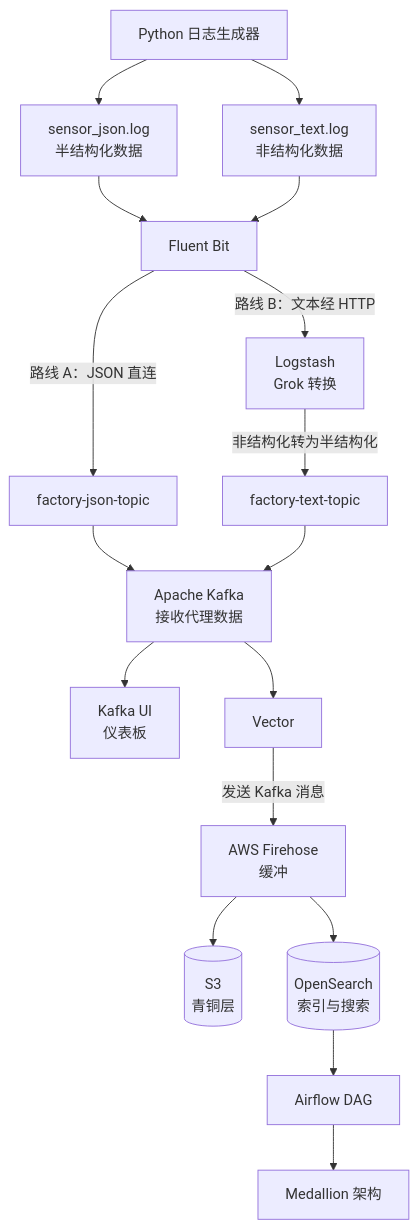
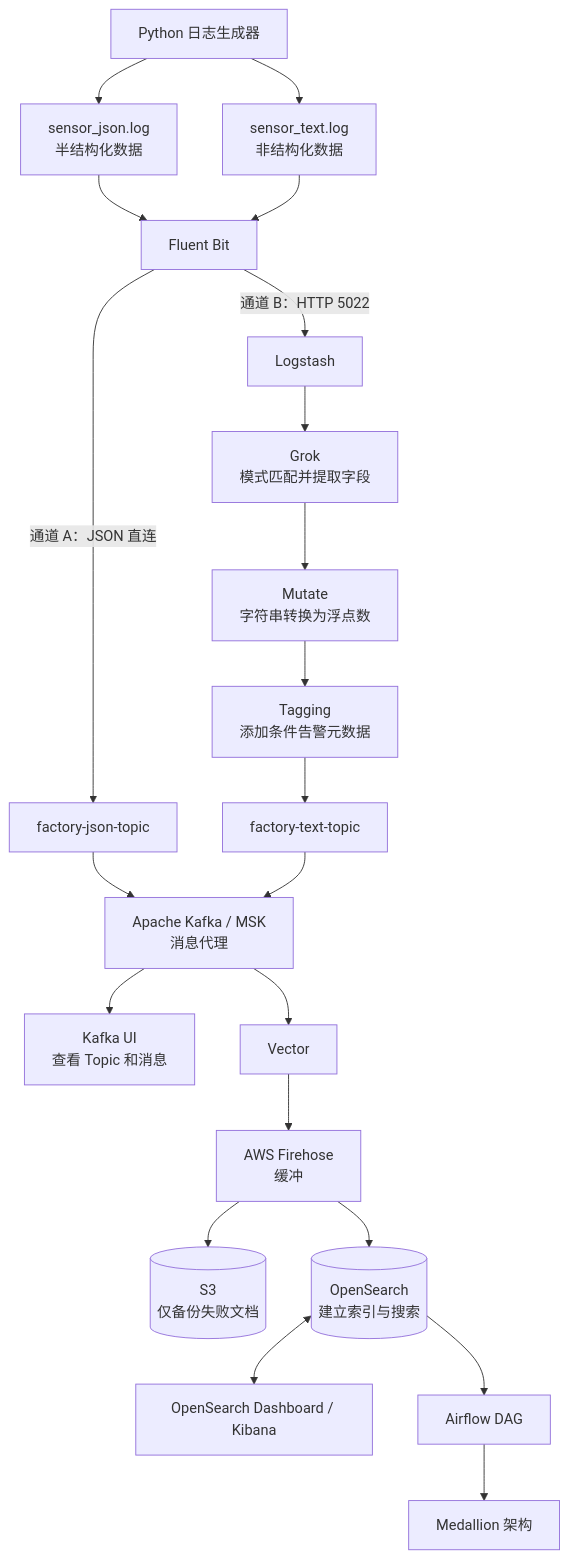
One commit to wacadey/kafka-elk-efk-opensearch changed the diagram in README.zh-CN.md. Above: the diagram before and after it, drawn with Mermaid. The commit also changed other lines of this file, not shown here.

````diff
--- a/README.zh-CN.md
+++ b/README.zh-CN.md
@@ -59,34 +16,43 @@
 ```mermaid
 flowchart TD
     PY[Python 日志生成器]
     JSON_LOG[sensor_json.log<br/>半结构化数据]
     TEXT_LOG[sensor_text.log<br/>非结构化数据]
     FB[Fluent Bit]
+
     JSON_TOPIC[factory-json-topic]
-    LS[Logstash<br/>Grok 转换]
+    LS[Logstash]
+    GROK[Grok<br/>模式匹配并提取字段]
+    MUTATE[Mutate<br/>字符串转换为浮点数]
+    TAG[Tagging<br/>添加条件告警元数据]
     TEXT_TOPIC[factory-text-topic]
-    KAFKA[Apache Kafka<br/>接收代理数据]
-    UI[Kafka UI<br/>仪表板]
+
+    KAFKA[Apache Kafka / MSK<br/>消息代理]
+    UI[Kafka UI<br/>查看 Topic 和消息]
     VECTOR[Vector]
     FIREHOSE[AWS Firehose<br/>缓冲]
-    S3[(S3<br/>青铜层)]
-    OS[(OpenSearch<br/>索引与搜索)]
+    S3[(S3<br/>仅备份失败文档)]
+    OS[(OpenSearch<br/>建立索引与搜索)]
+    DASH[OpenSearch Dashboard / Kibana]
     AIRFLOW[Airflow DAG]
     MEDALLION[Medallion 架构]
 
     PY --> JSON_LOG
     PY --> TEXT_LOG
     JSON_LOG --> FB
     TEXT_LOG --> FB
-    FB -->|路线 A：JSON 直连| JSON_TOPIC
-    FB -->|路线 B：文本经 HTTP| LS
-    LS -->|非结构化转为半结构化| TEXT_TOPIC
+
+    FB -->|通道 A：JSON 直连| JSON_TOPIC
+    FB -->|通道 B：HTTP 5022| LS
+    LS --> GROK --> MUTATE --> TAG --> TEXT_TOPIC
+
     JSON_TOPIC --> KAFKA
     TEXT_TOPIC --> KAFKA
     KAFKA --> UI
     KAFKA --> VECTOR
-    VECTOR -->|发送 Kafka 消息| FIREHOSE
+    VECTOR --> FIREHOSE
     FIREHOSE --> S3
     FIREHOSE --> OS
+    OS <--> DASH
     OS --> AIRFLOW --> MEDALLION
 ```
````
